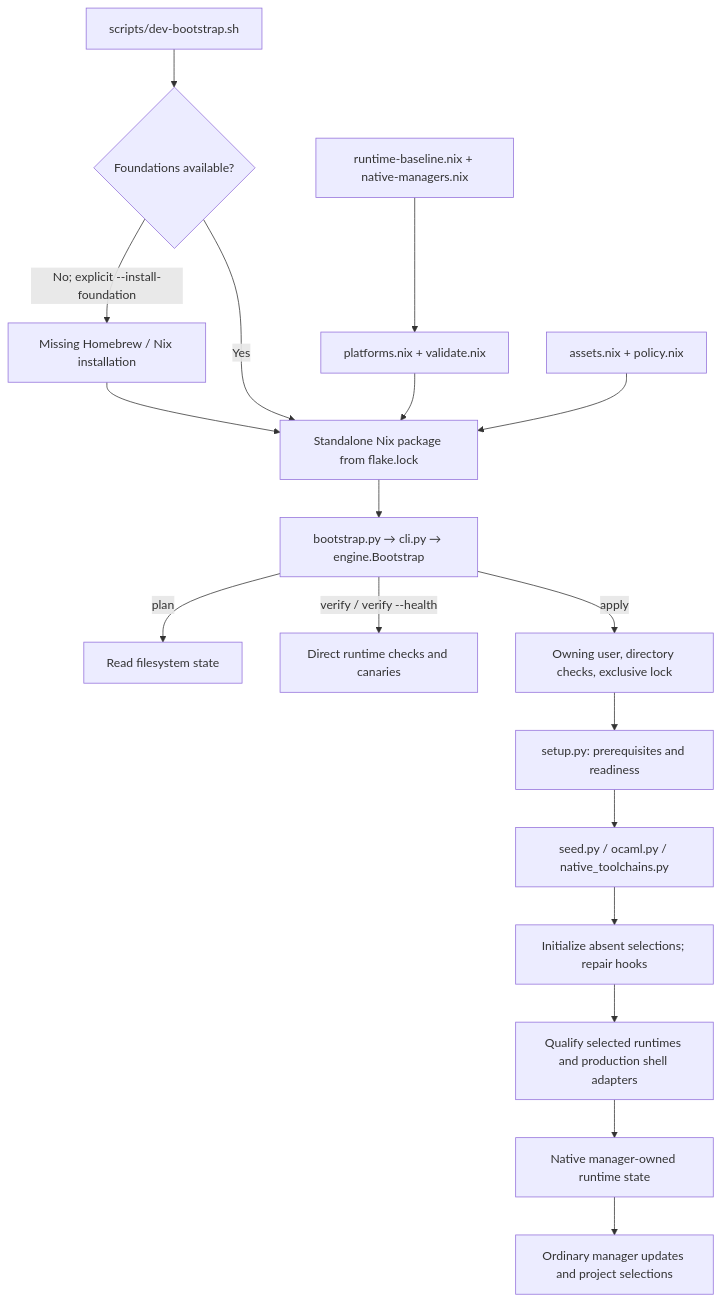
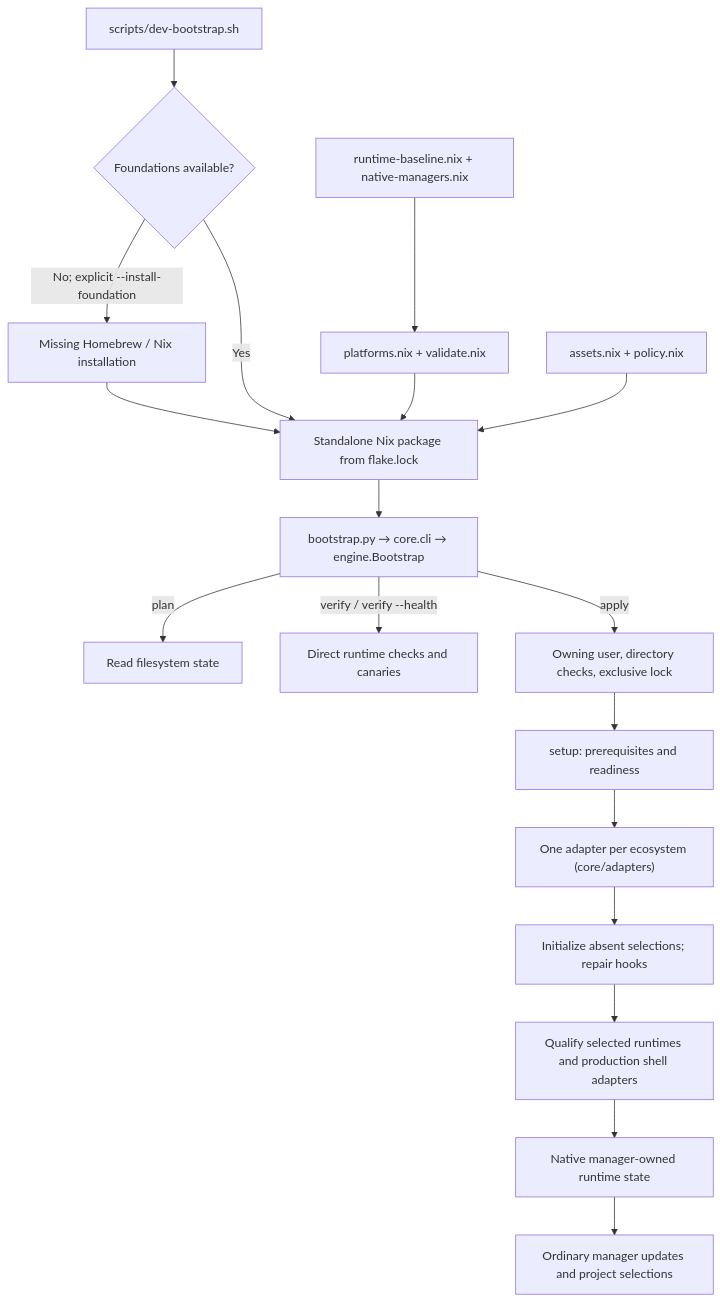
The diagram in home/dev/bootstrap/README.md (LCS-Dev-Ergos/Dotfiles), drawn with Mermaid before and after one commit. The commit also changed other lines of this file and 43 other files, not shown here.

First line of the commit message:
refactor(dev-bootstrap): Extract a shared adapter interface into a core package.

````diff
--- a/home/dev/bootstrap/README.md
+++ b/home/dev/bootstrap/README.md
@@ -31,20 +31,20 @@
 ```mermaid
 flowchart TD
     Entry["scripts/dev-bootstrap.sh"] --> Foundation{"Foundations available?"}
     Foundation -->|No; explicit --install-foundation| Foundations["Missing Homebrew / Nix installation"]
     Foundations --> Package
     Foundation -->|Yes| Package["Standalone Nix package from flake.lock"]
     Baseline["runtime-baseline.nix + native-managers.nix"] --> Validation["platforms.nix + validate.nix"]
     Validation --> Package
     Assets["assets.nix + policy.nix"] --> Package
-    Package --> CLI["bootstrap.py → cli.py → engine.Bootstrap"]
+    Package --> CLI["bootstrap.py → core.cli → engine.Bootstrap"]
     CLI -->|plan| Inspect["Read filesystem state"]
     CLI -->|verify / verify --health| Verify["Direct runtime checks and canaries"]
     CLI -->|apply| Guard["Owning user, directory checks, exclusive lock"]
-    Guard --> Setup["setup.py: prerequisites and readiness"]
-    Setup --> Adapters["seed.py / ocaml.py / native_toolchains.py"]
+    Guard --> Setup["setup: prerequisites and readiness"]
+    Setup --> Adapters["One adapter per ecosystem (core/adapters)"]
     Adapters --> Defaults["Initialize absent selections; repair hooks"]
     Defaults --> Shell["Qualify selected runtimes and production shell adapters"]
     Shell --> Native["Native manager-owned runtime state"]
     Native --> Updates["Ordinary manager updates and project selections"]
 ```
````
